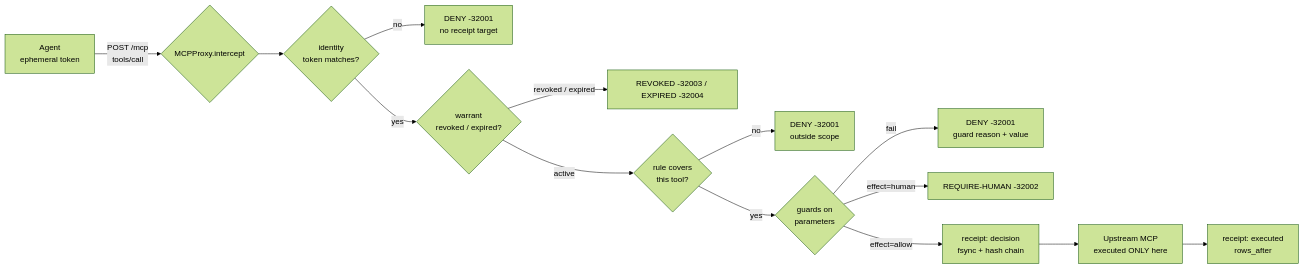
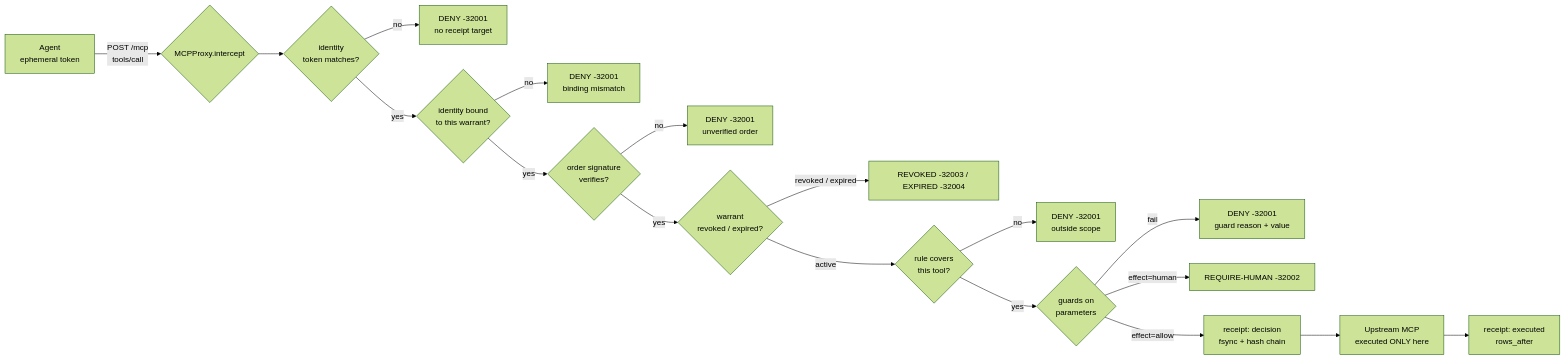
The diagram in docs/architecture.md (DmytriP/warrnt), drawn with Mermaid (forest theme) before and after one commit. The commit also changed other lines of this file and 9 other files, not shown here.

First line of the commit message:
P2.1 core: enforce the order at the gate (signature + identity binding)

````diff
--- a/docs/architecture.md
+++ b/docs/architecture.md
@@ -6,16 +6,20 @@
 ```mermaid
 flowchart LR
     A[Agent<br/>ephemeral token] -->|POST /mcp<br/>tools/call| P{MCPProxy.intercept}
     P --> I{identity<br/>token matches?}
     I -->|no| D1[DENY -32001<br/>no receipt target]
-    I -->|yes| W{warrant<br/>revoked / expired?}
+    I -->|yes| B{identity bound<br/>to this warrant?}
+    B -->|no| D0[DENY -32001<br/>binding mismatch]
+    B -->|yes| S{order signature<br/>verifies?}
+    S -->|no| D0b[DENY -32001<br/>unverified order]
+    S -->|yes| W{warrant<br/>revoked / expired?}
     W -->|revoked / expired| D2[REVOKED -32003 / EXPIRED -32004]
     W -->|active| R{rule covers<br/>this tool?}
     R -->|no| D3[DENY -32001<br/>outside scope]
     R -->|yes| G{guards on<br/>parameters}
     G -->|fail| D4[DENY -32001<br/>guard reason + value]
     G -->|effect=human| D5[REQUIRE-HUMAN -32002]
     G -->|effect=allow| REC[receipt: decision<br/>fsync + hash chain]
     REC --> U[Upstream MCP<br/>executed ONLY here]
     U --> REC2[receipt: executed<br/>rows_after]
 ```
````
